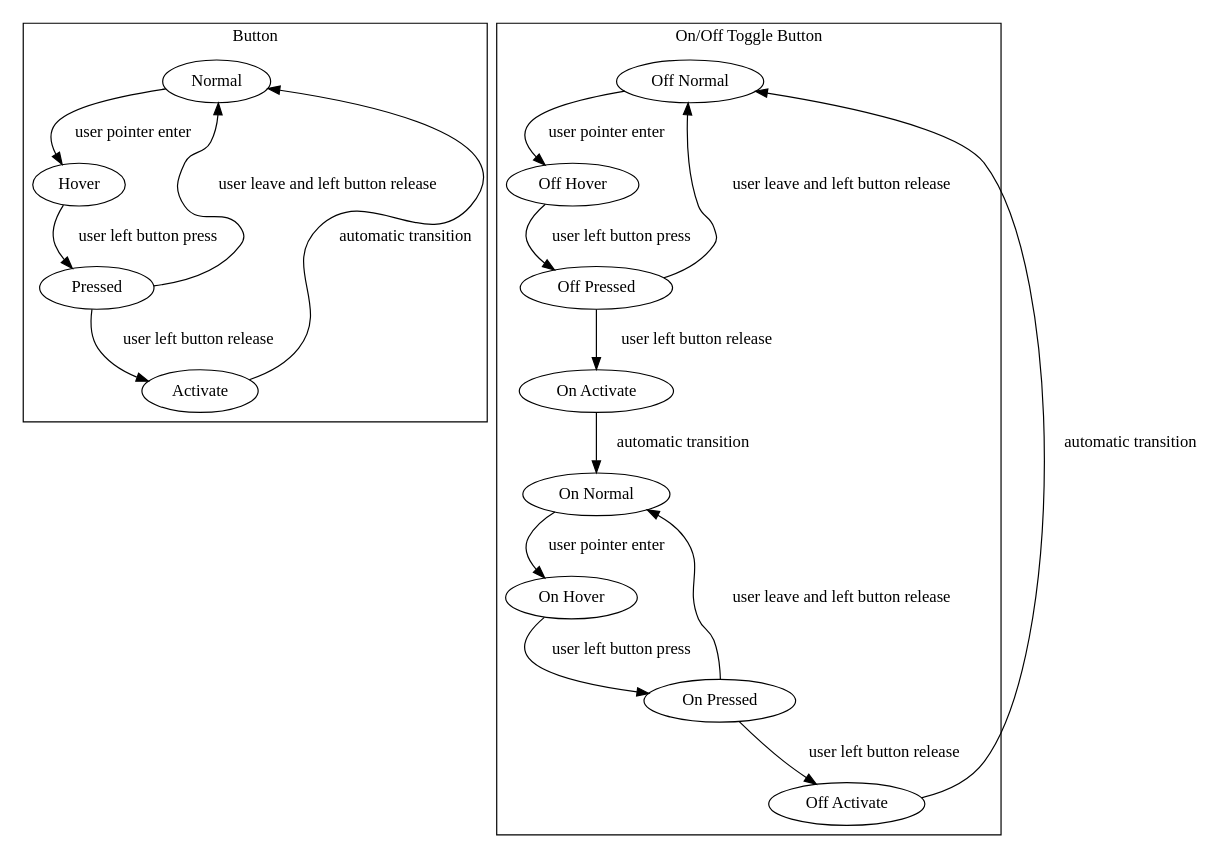
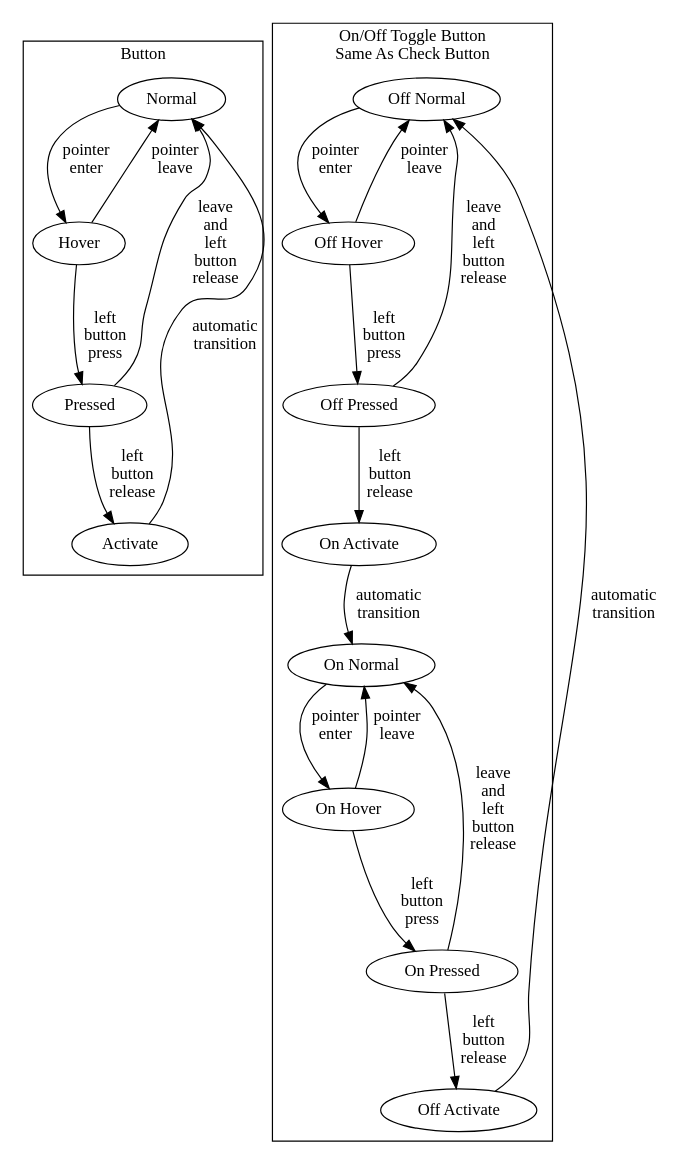
One commit to lanceman2/panels changed the diagram in lib/buttonState.dot. Above: the diagram before and after it, drawn with Graphviz.

Commit message:
Saving Work

```diff
--- a/lib/buttonState.dot
+++ b/lib/buttonState.dot
@@ -1,31 +1,36 @@
 // Run in a bash shell:
-//   display buttonState.dot
 //
+//  %  display buttonState.dot
+//
+// The program "display" is from the graphviz software package.
+
 digraph Button {
 
    subgraph cluster_button {
-        Normal -> Hover [ label="user pointer enter" ];
-        Hover -> Pressed [ label="user left button press"];
-        Pressed -> Activate [ label="user left button release"];
-        Pressed -> Normal [ label="user leave and left button release"];
-        Activate -> Normal [ label="automatic transition"];
+        Normal -> Hover [ label="pointer\nenter" ];
+        Hover -> Pressed [ label="left\nbutton\npress"];
+        Hover -> Normal [ label="pointer\nleave"];
+        Pressed -> Activate [ label="left\nbutton\nrelease"];
+        Pressed -> Normal [ label="leave\nand\nleft\nbutton\nrelease"];
+        Activate -> Normal [ label="automatic\ntransition"];
         labelloc="t";
         label="Button";
     }
 
-       subgraph cluster_toggle_button {
-        "Off Normal" -> "Off Hover" [ label="user pointer enter" ];
-        "Off Hover" -> "Off Pressed" [ label="user left button press"];
-        "Off Pressed" -> "On Activate" [ label="user left button release"];
-        "Off Pressed" -> "Off Normal" [ label="user leave and left button release"];
-        "On Activate" -> "On Normal" [ label="automatic transition"];
-        "On Normal" -> "On Hover" [ label="user pointer enter" ];
-        "On Hover" -> "On Pressed" [ label="user left button press"];
-        "On Pressed" -> "Off Activate" [ label="user left button release"];
-        "Off Activate" -> "Off Normal" [ label="automatic transition"];
-        "On Pressed" -> "On Normal" [ label="user leave and left button release"];
+    subgraph cluster_toggle_button {
+        "Off Normal" -> "Off Hover" [ label="pointer\nenter" ];
+        "Off Hover" -> "Off Pressed" [ label="left\nbutton\npress"];
+        "Off Hover" -> "Off Normal" [ label="pointer\nleave"];
+        "Off Pressed" -> "On Activate" [ label="left\nbutton\nrelease"];
+        "Off Pressed" -> "Off Normal" [ label="leave\nand\nleft\nbutton\nrelease"];
+        "On Activate" -> "On Normal" [ label="automatic\ntransition"];
+        "On Normal" -> "On Hover" [ label="pointer\nenter" ];
+        "On Hover" -> "On Pressed" [ label="left\nbutton\npress"];
+        "On Hover" -> "On Normal" [ label="pointer\nleave"];
+        "On Pressed" -> "Off Activate" [ label="left\nbutton\nrelease"];
+        "Off Activate" -> "Off Normal" [ label="automatic\ntransition"];
+        "On Pressed" -> "On Normal" [ label="leave\nand\nleft\nbutton\nrelease"];
         labelloc="t";
-        label="On/Off Toggle Button";
+        label="On/Off Toggle Button\nSame As Check Button";
     }
-
 }
```
